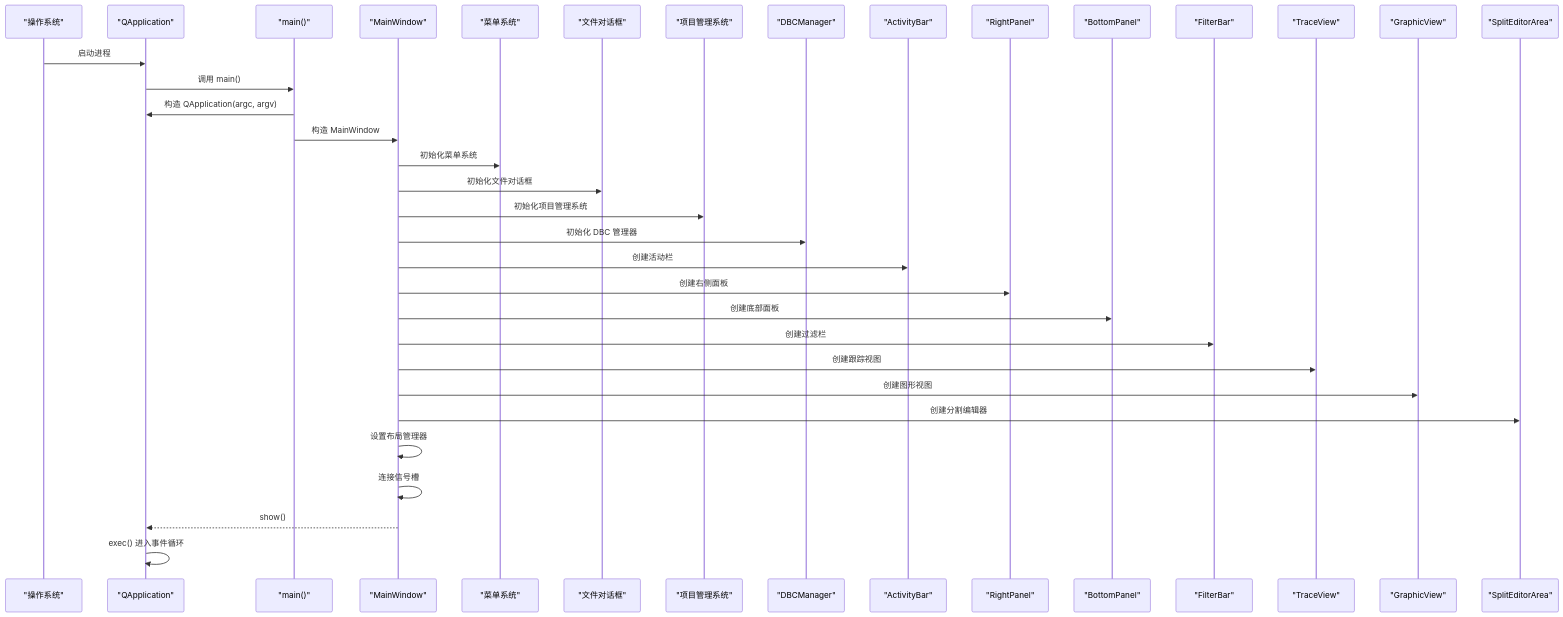
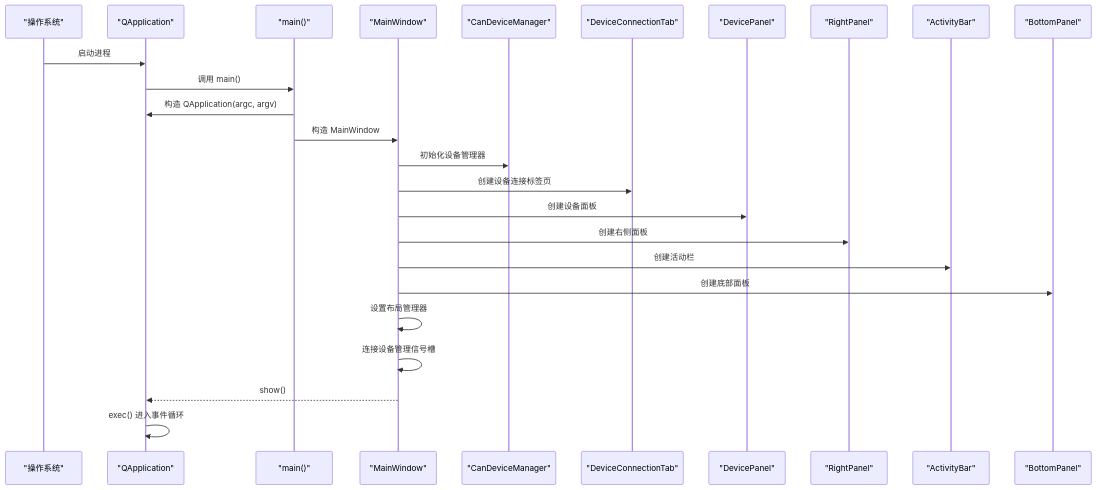
One commit to jakecai1225-design/OpenBus changed the second of 7 diagrams in .qoder/repowiki/zh/content/核心模块详解/主窗口组件.md. Above: the diagram before and after it, drawn with Mermaid. The commit also changed other lines of this file and 16 other files, not shown here.

````diff
--- a/.qoder/repowiki/zh/content/核心模块详解/主窗口组件.md
+++ b/.qoder/repowiki/zh/content/核心模块详解/主窗口组件.md
@@ -114,37 +120,27 @@
 ```mermaid
 sequenceDiagram
 participant OS as "操作系统"
 participant App as "QApplication"
 participant Main as "main()"
 participant MW as "MainWindow"
-participant Menu as "菜单系统"
-participant FileDlg as "文件对话框"
-participant ProjMgr as "项目管理系统"
-participant DBM as "DBCManager"
+participant CDM as "CanDeviceManager"
+participant DCT as "DeviceConnectionTab"
+participant DP as "DevicePanel"
+participant RP as "RightPanel"
 participant AB as "ActivityBar"
-participant RP as "RightPanel"
 participant BP as "BottomPanel"
-participant FB as "FilterBar"
-participant TV as "TraceView"
-participant GV as "GraphicView"
-participant SEA as "SplitEditorArea"
 OS->>App : 启动进程
 App->>Main : 调用 main()
 Main->>App : 构造 QApplication(argc, argv)
 Main->>MW : 构造 MainWindow
-MW->>Menu : 初始化菜单系统
-MW->>FileDlg : 初始化文件对话框
-MW->>ProjMgr : 初始化项目管理系统
-MW->>DBM : 初始化 DBC 管理器
+MW->>CDM : 初始化设备管理器
+MW->>DCT : 创建设备连接标签页
+MW->>DP : 创建设备面板
+MW->>RP : 创建右侧面板
 MW->>AB : 创建活动栏
-MW->>RP : 创建右侧面板
 MW->>BP : 创建底部面板
-MW->>FB : 创建过滤栏
-MW->>TV : 创建跟踪视图
-MW->>GV : 创建图形视图
-MW->>SEA : 创建分割编辑器
 MW->>MW : 设置布局管理器
-MW->>MW : 连接信号槽
+MW->>MW : 连接设备管理信号槽
 MW-->>App : show()
 App->>App : exec() 进入事件循环
 ```
````
